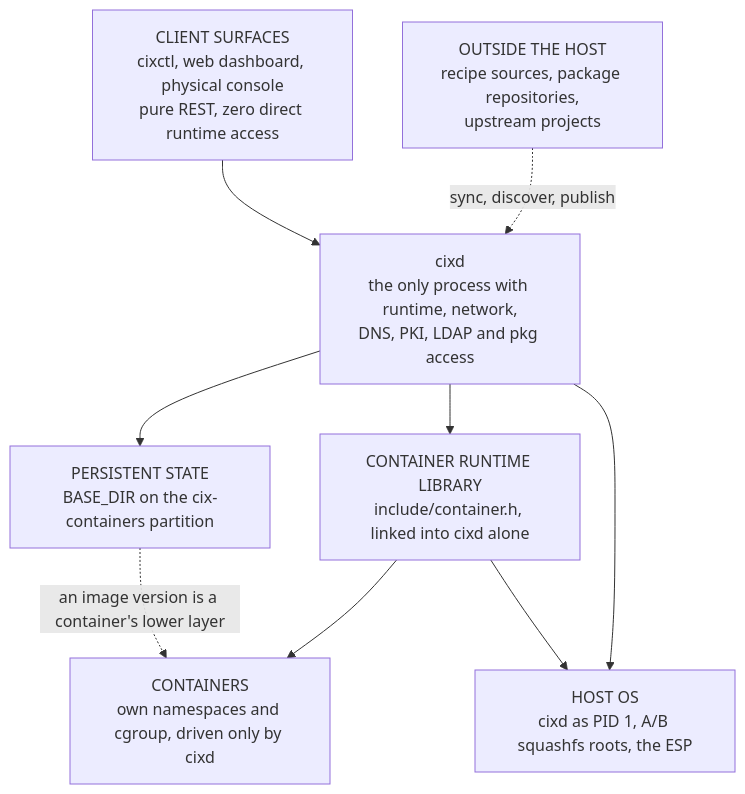
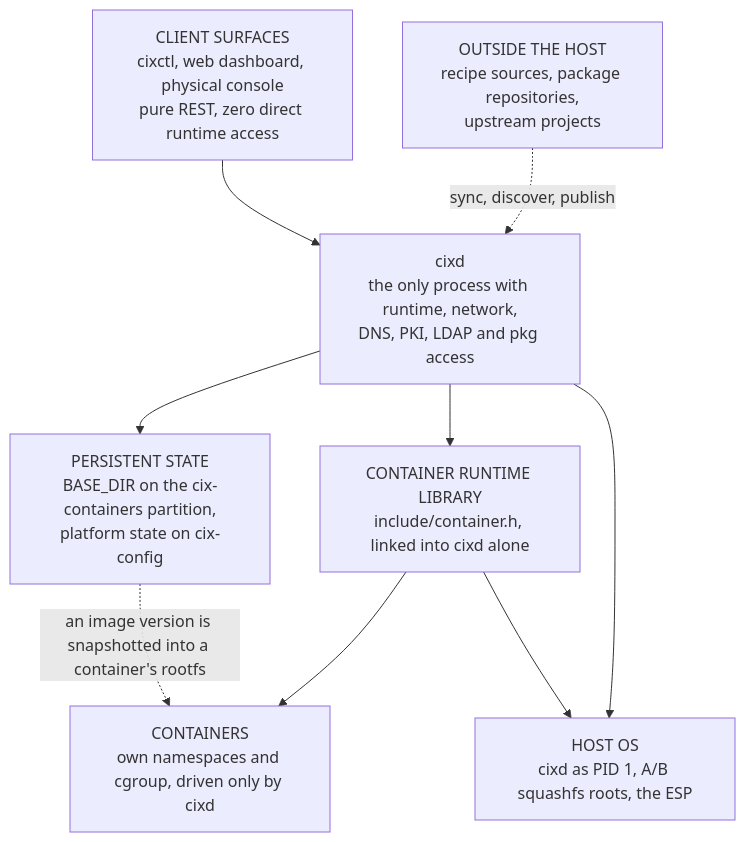
The first of 6 diagrams in docs/architecture/architecture.md (The-Cix-Project/cix), drawn with Mermaid before and after one commit. The commit also changed other lines of this file and 2 other files, not shown here.

First line of the commit message:
docs sweep: the architecture page matches the code

````diff
--- a/docs/architecture/architecture.md
+++ b/docs/architecture/architecture.md
@@ -11,19 +11,19 @@
 ```mermaid
 flowchart TB
     clients["CLIENT SURFACES<br/>cixctl, web dashboard, physical console<br/>pure REST, zero direct runtime access"]
     daemon["cixd<br/>the only process with runtime, network,<br/>DNS, PKI, LDAP and pkg access"]
     ext["OUTSIDE THE HOST<br/>recipe sources, package repositories,<br/>upstream projects"]
-    state["PERSISTENT STATE<br/>BASE_DIR on the cix-containers partition"]
+    state["PERSISTENT STATE<br/>BASE_DIR on the cix-containers partition,<br/>platform state on cix-config"]
     runtime["CONTAINER RUNTIME LIBRARY<br/>include/container.h, linked into cixd alone"]
     containers["CONTAINERS<br/>own namespaces and cgroup, driven only by cixd"]
     host["HOST OS<br/>cixd as PID 1, A/B squashfs roots, the ESP"]
 
     clients --> daemon
     ext -. "sync, discover, publish" .-> daemon
     daemon --> state
     daemon --> runtime
     daemon --> host
     runtime --> containers
-    state -. "an image version is a container's lower layer" .-> containers
+    state -. "an image version is snapshotted into a container's rootfs" .-> containers
     runtime --> host
 ```
````
